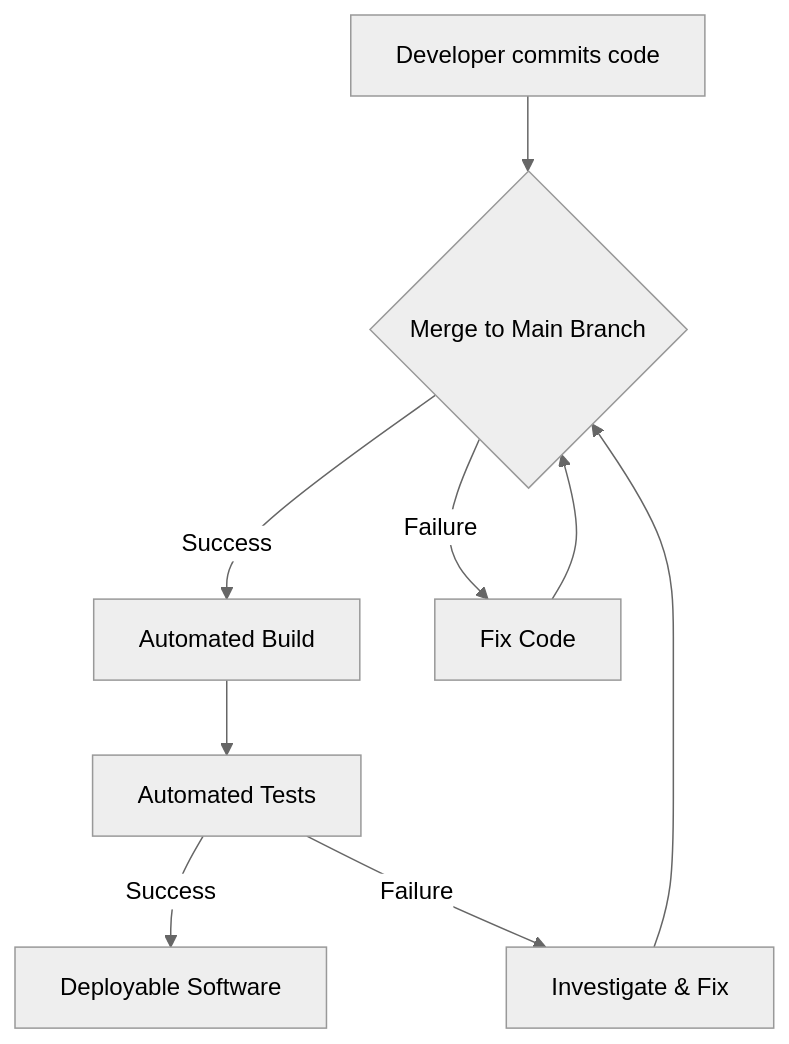
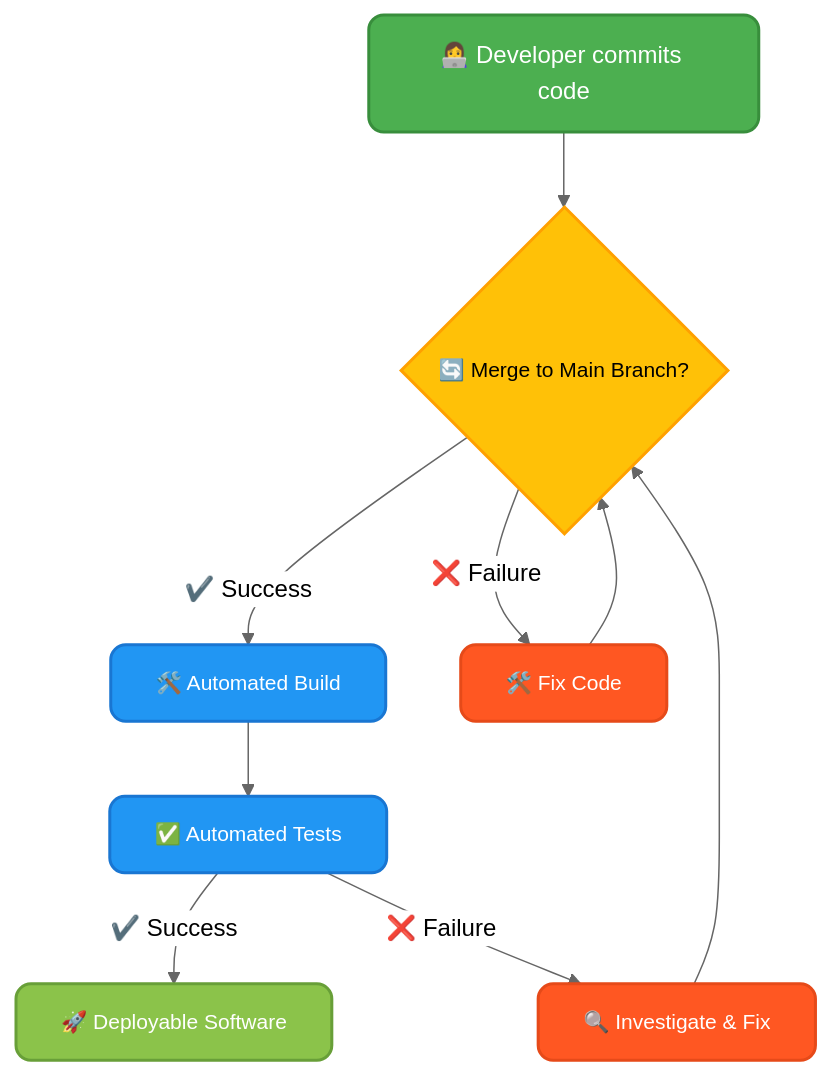
One commit to infoyouth/infoyouth.github.io changed the first of 5 diagrams in _posts/2025-01-20-04.-continuous-integration-(ci).md. Above: the diagram before and after it, drawn with Mermaid (neutral theme). The commit also changed other lines of this file, not shown here.

````diff
--- a/_posts/2025-01-20-04.-continuous-integration-(ci).md
+++ b/_posts/2025-01-20-04.-continuous-integration-(ci).md
@@ -48,11 +48,26 @@
 ```mermaid
 graph TD
-    A[Developer commits code] --> B{Merge to Main Branch};
-    B -- Success --> C[Automated Build];
-    B -- Failure --> D[Fix Code];
-    C --> E[Automated Tests];
-    E -- Success --> F[Deployable Software];
-    E -- Failure --> G[Investigate & Fix];
+    A["👩‍💻 Developer commits code"] --> B{"🔄 Merge to Main Branch?"};
+    B -- "✔️ Success" --> C["🛠️ Automated Build"];
+    B -- "❌ Failure" --> D["🛠️ Fix Code"];
+    C --> E["✅ Automated Tests"];
+    E -- "✔️ Success" --> F["🚀 Deployable Software"];
+    E -- "❌ Failure" --> G["🔍 Investigate & Fix"];
     D --> B;
     G --> B;
+
+    classDef startStyle fill:#4CAF50,stroke:#388E3C,color:#FFFFFF,font-size:16px,stroke-width:2px,rx:10,shadow:3px;
+    classDef decisionStyle fill:#FFC107,stroke:#FFA000,color:#000000,font-size:14px,stroke-width:2px,rx:10,shadow:3px;
+    classDef actionStyle fill:#2196F3,stroke:#1976D2,color:#FFFFFF,font-size:14px,stroke-width:2px,rx:10,shadow:3px;
+    classDef errorStyle fill:#FF5722,stroke:#E64A19,color:#FFFFFF,font-size:14px,stroke-width:2px,rx:10,shadow:3px;
+    classDef successStyle fill:#8BC34A,stroke:#689F38,color:#FFFFFF,font-size:14px,stroke-width:2px,rx:10,shadow:3px;
+
+    class A startStyle;
+    class B decisionStyle;
+    class C actionStyle;
+    class D errorStyle;
+    class E actionStyle;
+    class F successStyle;
+    class G errorStyle;
+
 ```
````
